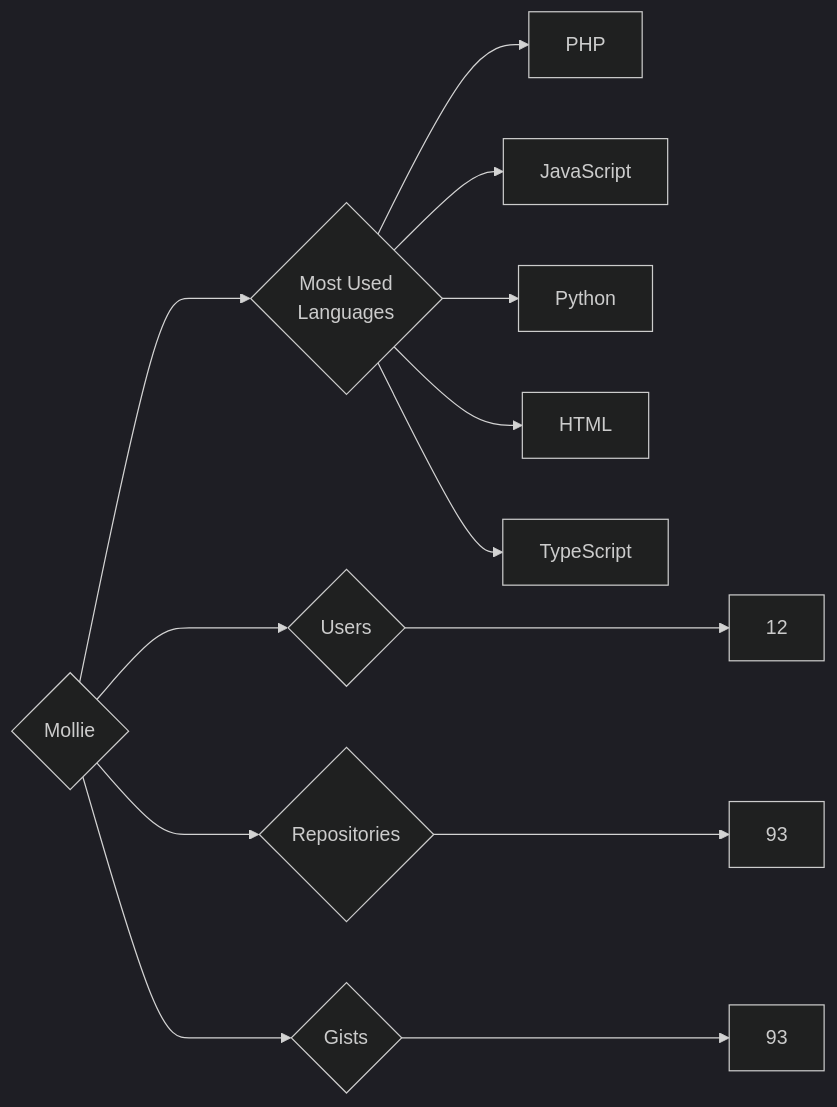
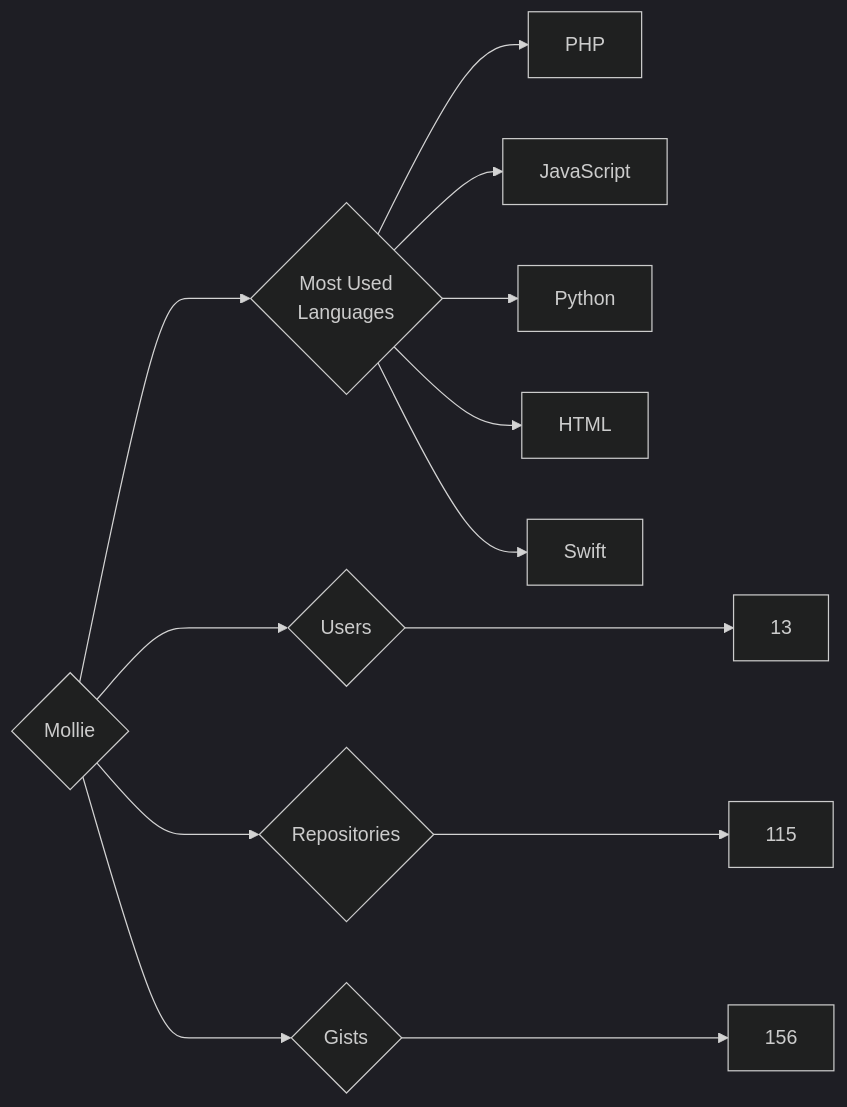
Before and after one commit to trickest/insiders: the diagram in targets/Mollie/README.md, drawn with Mermaid (dark theme). The commit also changed 815 other files, not shown here.

````diff
--- a/targets/Mollie/README.md
+++ b/targets/Mollie/README.md
@@ -3,13 +3,13 @@
 ```mermaid
 graph LR
 COMPANY_NAME{Mollie}
-COMPANY_NAME ---> U{Users} ---> UN[12]
-COMPANY_NAME ---> R{Repositories} ---> RN[93]
-COMPANY_NAME ---> G{Gists} ---> GN[93]
+COMPANY_NAME ---> U{Users} ---> UN[13]
+COMPANY_NAME ---> R{Repositories} ---> RN[115]
+COMPANY_NAME ---> G{Gists} ---> GN[156]
 COMPANY_NAME ---> ML{Most Used<br>Languages}
 ML --> PHP[PHP]
 ML --> JavaScript[JavaScript]
 ML --> Python[Python]
 ML --> HTML[HTML]
-ML --> TypeScript[TypeScript]
+ML --> Swift[Swift]
 ```
````
